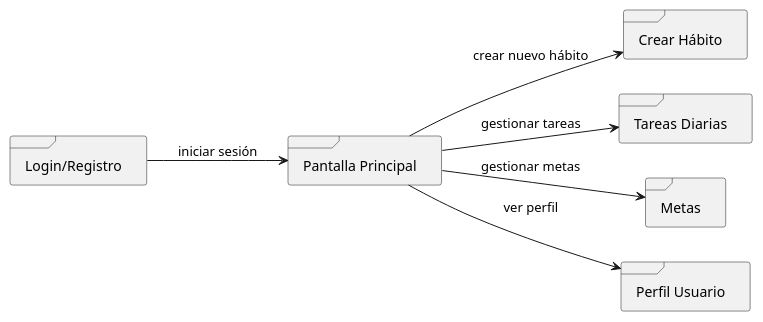
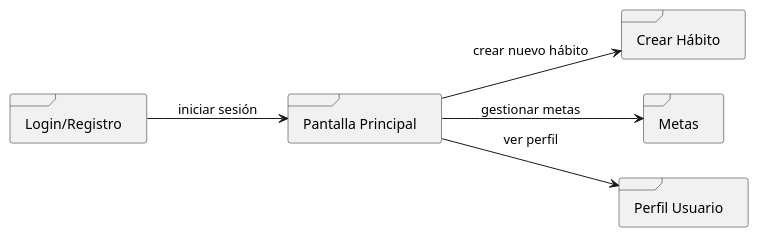
Before and after one commit to albealvant/zenhabits-project: the fourth of 4 diagrams in README.md, drawn with PlantUML. The commit also changed other lines of this file and 1 other file, not shown here.

Commit message:
Corrección y actualización de los diagramas

````diff
--- a/README.md
+++ b/README.md
@@ -73,30 +191,25 @@
 ```plantuml
 @startuml
 left to right direction
 
 frame "Login/Registro" as Login {
 }
 
 frame "Pantalla Principal" as Principal {
 }
 
 frame "Crear Hábito" as CrearHabito {
 }
 
-frame "Tareas Diarias" as TareasDiarias {
-}
-
 frame "Metas" as Metas {
 }
 
 frame "Perfil Usuario" as Perfil {
 }
 
 Login --> Principal : iniciar sesión
 Principal --> CrearHabito : crear nuevo hábito
-Principal --> TareasDiarias : gestionar tareas
 Principal --> Metas : gestionar metas
 Principal --> Perfil : ver perfil
-
 @enduml
 ```
````
